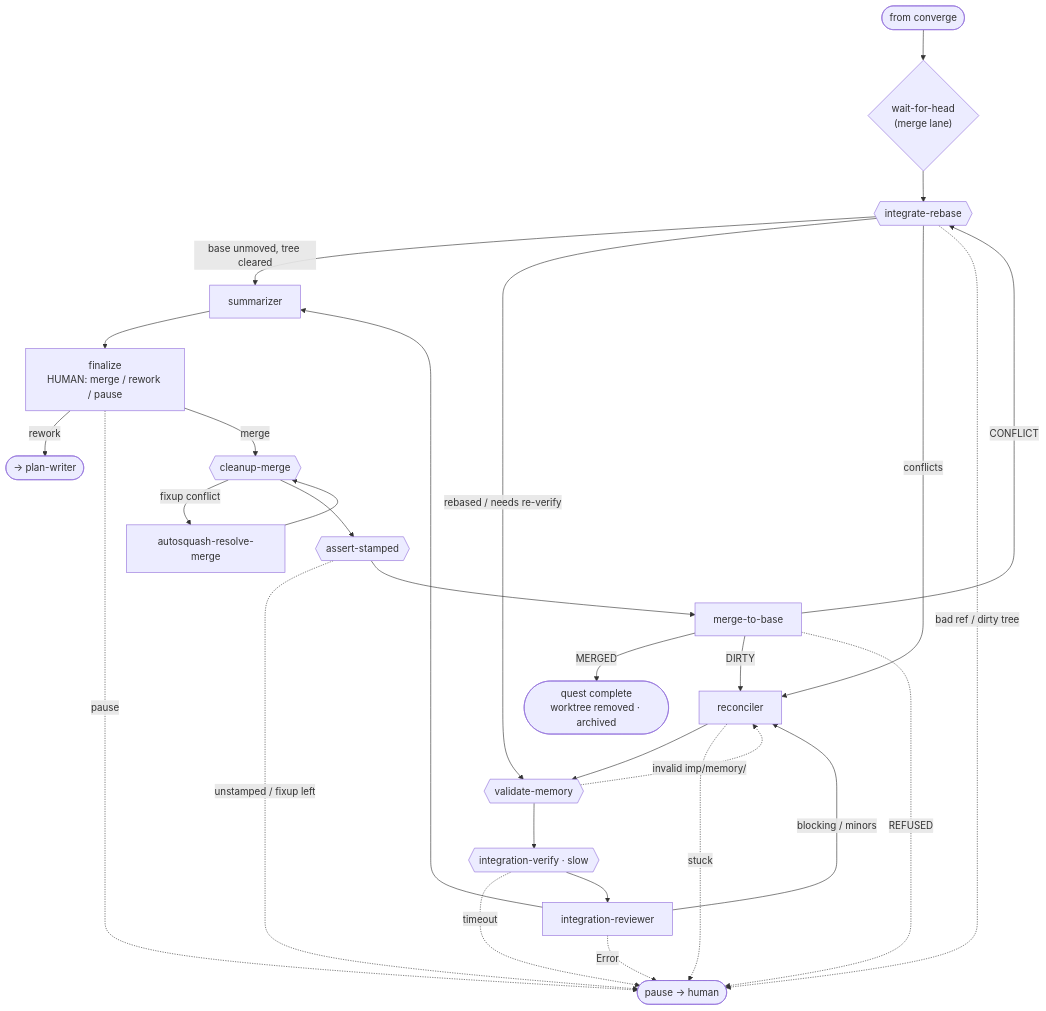
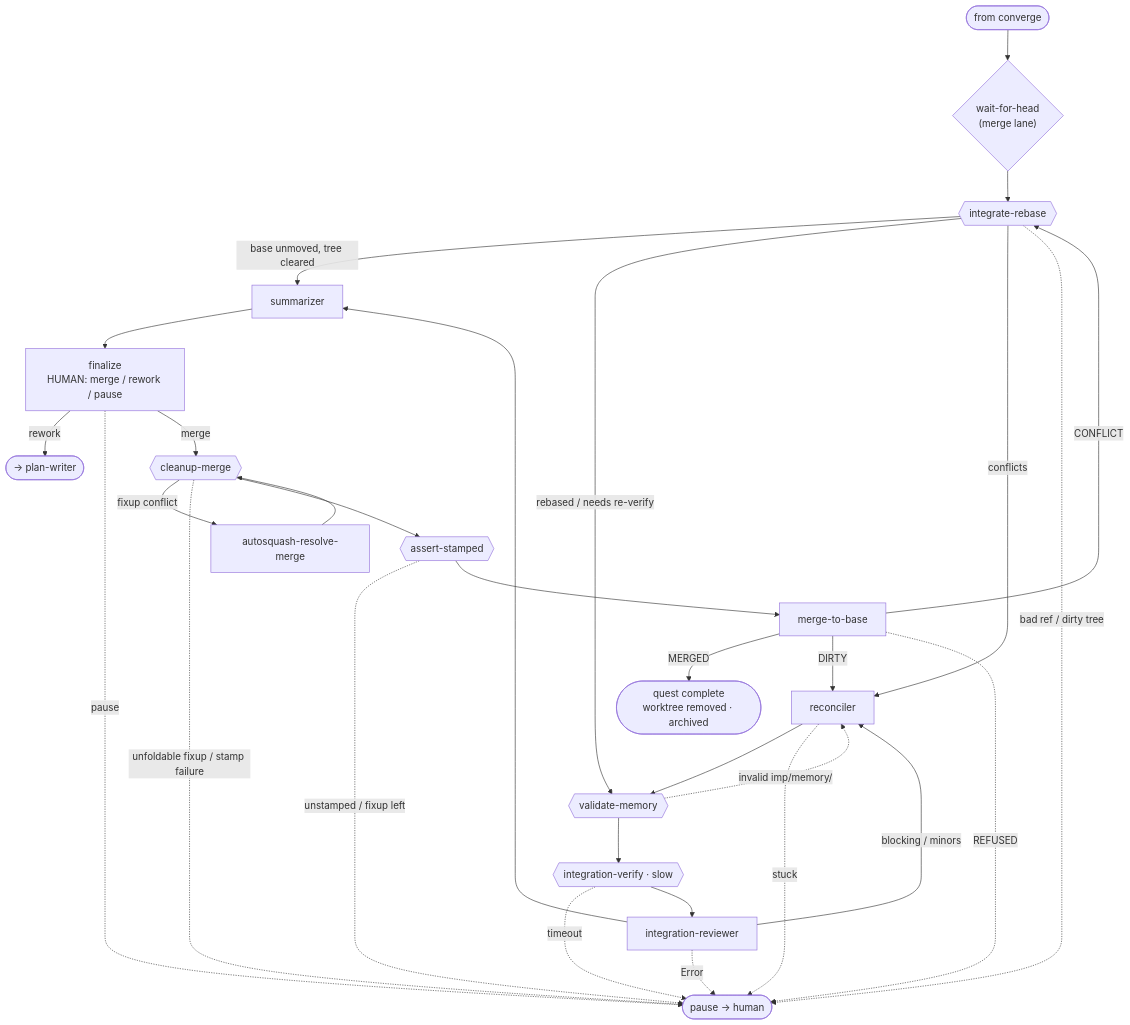
Before and after one commit to jpoimboe/imp: diagram 13 of 13 in docs/internals/architecture.md, drawn with Mermaid. The commit also changed 1 other file, not shown here.

Commit message:
docs: draw cleanup-merge's pause edge in the integrate diagram
Quest: nafi75

````diff
--- a/docs/internals/architecture.md
+++ b/docs/internals/architecture.md
@@ -283,31 +283,32 @@
 ```mermaid
 flowchart TD
   in([from converge]) --> WFH{"wait-for-head<br/>(merge lane)"}
   WFH --> IR{{"integrate-rebase"}}
   IR -->|"base unmoved, tree cleared"| SUM
   IR -->|"rebased / needs re-verify"| VM
   IR -->|conflicts| REC["reconciler"]
   IR -. "bad ref / dirty tree" .-> HUMAN([pause → human])
   REC --> VM{{"validate-memory"}}
   REC -. stuck .-> HUMAN
   VM -. "invalid imp/memory/" .-> REC
   VM --> IV{{"integration-verify · slow"}}
   IV -. timeout .-> HUMAN
   IV --> IRV["integration-reviewer"]
   IRV -->|"blocking / minors"| REC
   IRV -. Error .-> HUMAN
   IRV --> SUM["summarizer"]
   SUM --> FIN["finalize<br/>HUMAN: merge / rework / pause"]
   FIN -->|rework| back([→ plan-writer])
   FIN -. pause .-> HUMAN
   FIN -->|merge| CM{{"cleanup-merge"}}
   CM -->|"fixup conflict"| ASR["autosquash-resolve-merge"]
   ASR --> CM
+  CM -. "unfoldable fixup / stamp failure" .-> HUMAN
   CM --> AST{{"assert-stamped"}}
   AST -. "unstamped / fixup left" .-> HUMAN
   AST --> M2B["merge-to-base"]
   M2B -->|MERGED| done([quest complete<br/>worktree removed · archived])
   M2B -->|CONFLICT| IR
   M2B -->|DIRTY| REC
   M2B -. REFUSED .-> HUMAN
 ```
````
